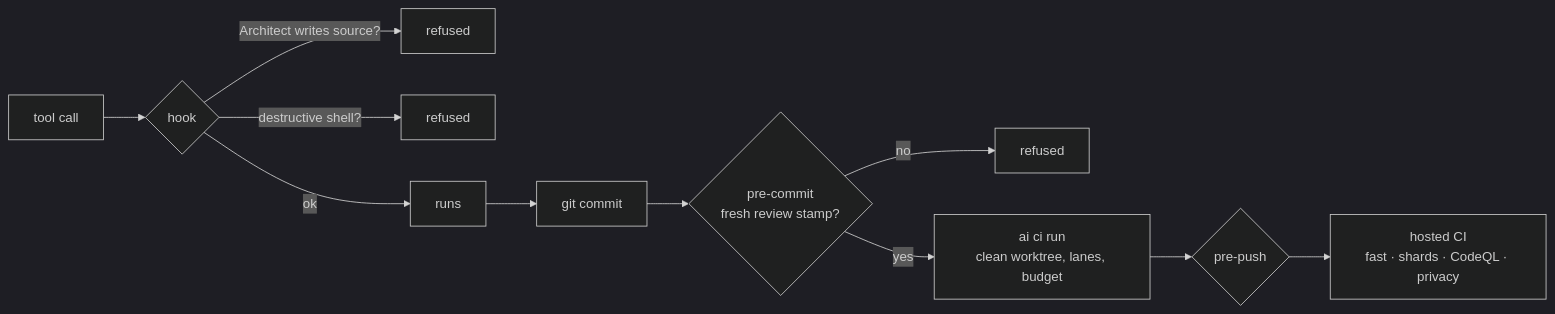
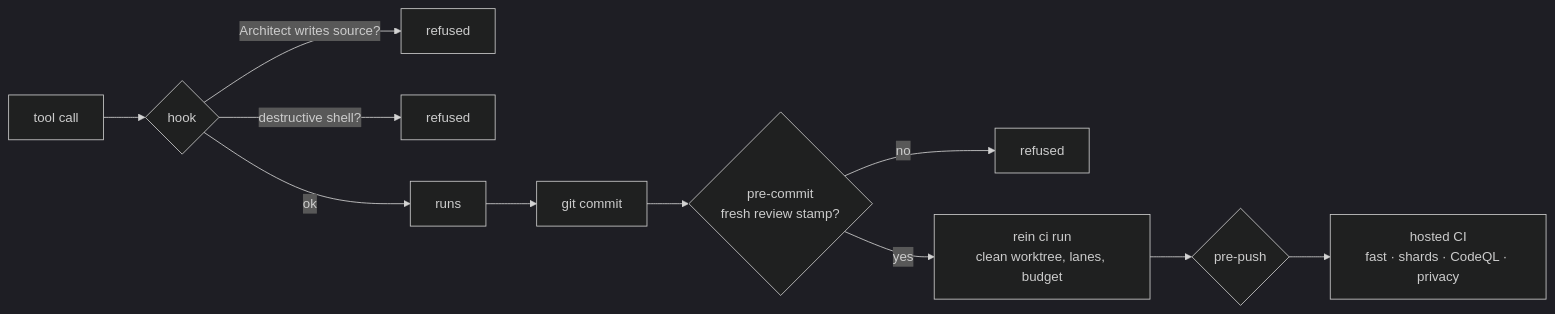
Before and after one commit to Vimurai/rein: the third of 4 diagrams in .ai/blueprints/readme.md, drawn with Mermaid (dark theme). The commit also changed other lines of this file and 49 other files, not shown here.

First line of the commit message:
[TIER_3] docs(.ai): E-391 the command and skill names in the live blueprints and architect.md (D-132 addendum 2 r7)

````diff
--- a/.ai/blueprints/readme.md
+++ b/.ai/blueprints/readme.md
@@ -94,12 +94,12 @@
 ```mermaid
 flowchart LR
     T["tool call"] --> H{"hook"}
     H -->|"Architect writes source?"| X1["refused"]
     H -->|"destructive shell?"| X2["refused"]
     H -->|ok| R["runs"]
     R --> C["git commit"]
     C --> P{"pre-commit<br/>fresh review stamp?"}
     P -->|no| X3["refused"]
-    P -->|yes| CI["ai ci run<br/>clean worktree, lanes, budget"]
+    P -->|yes| CI["rein ci run<br/>clean worktree, lanes, budget"]
     CI --> PP{"pre-push"} --> HC["hosted CI<br/>fast · shards · CodeQL · privacy"]
 ```
````
